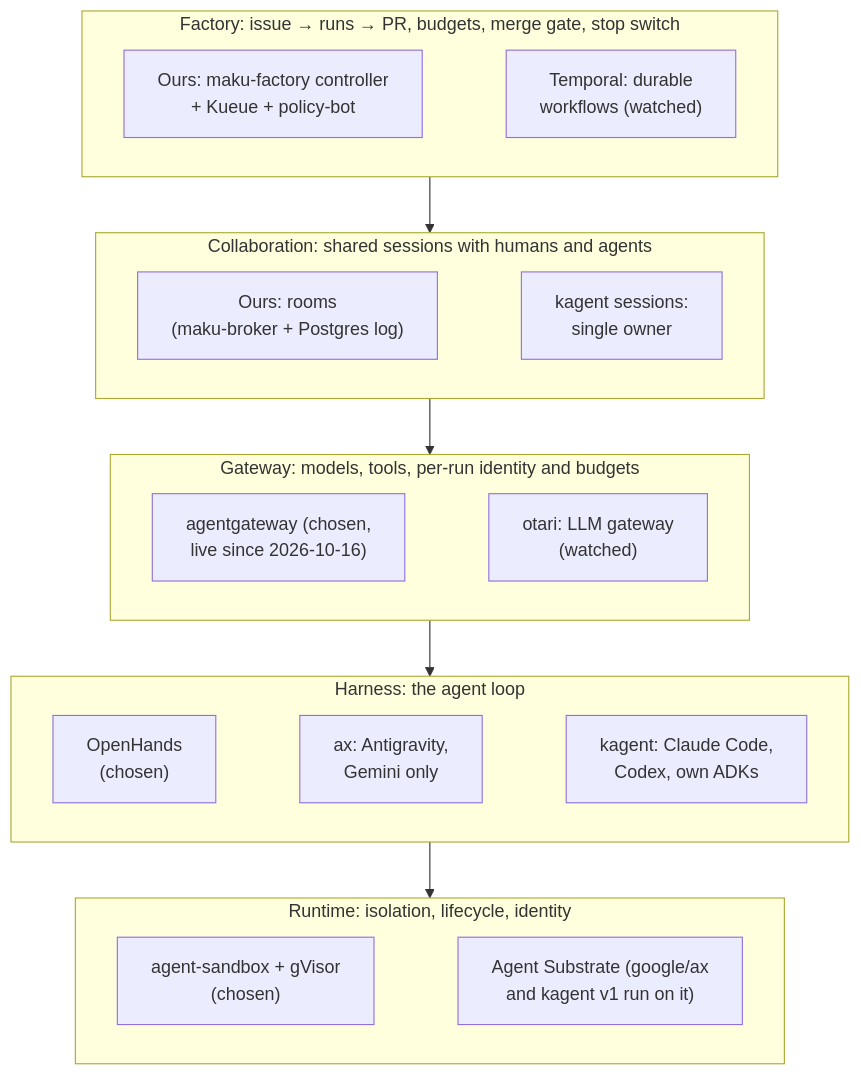
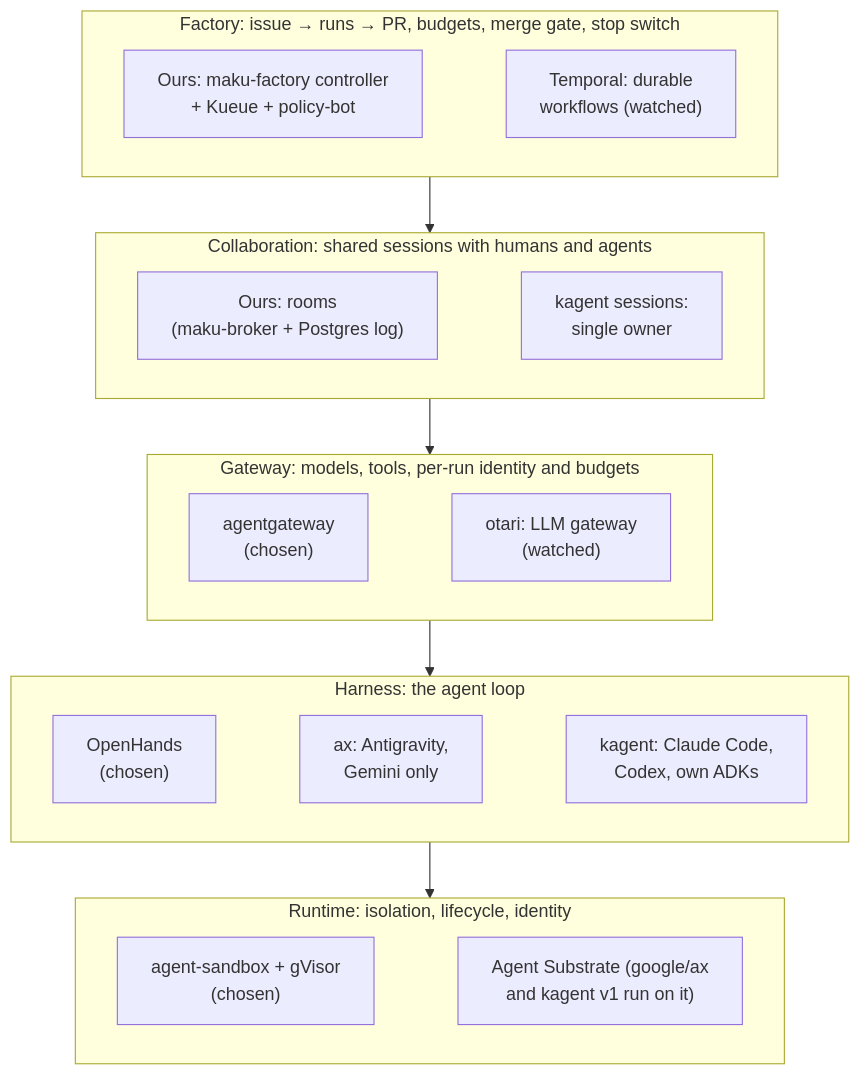
Before and after one commit to Smana/ai-native-ref: the diagram in website/content/docs/platform/ai-platform/agents/alternatives.md, drawn with Mermaid. The commit also changed other lines of this file and 20 other files, not shown here.

````diff
--- a/website/content/docs/platform/ai-platform/agents/alternatives.md
+++ b/website/content/docs/platform/ai-platform/agents/alternatives.md
@@ -40,25 +40,25 @@
 ```mermaid
 %%{init: {"flowchart": {"wrappingWidth": 400}}}%%
 flowchart TB
   subgraph L5["Factory: issue → runs → PR, budgets, merge gate, stop switch"]
     direction LR
     F5["Ours: maku-factory controller<br/>+ Kueue + policy-bot"] ~~~ T5["Temporal: durable<br/>workflows (watched)"]
   end
   subgraph L4["Collaboration: shared sessions with humans and agents"]
     direction LR
     F4["Ours: rooms<br/>(maku-broker + Postgres log)"] ~~~ K4["kagent sessions:<br/>single owner"]
   end
   subgraph L3["Gateway: models, tools, per-run identity and budgets"]
     direction LR
-    F3["agentgateway (chosen,<br/>live since 2026-10-16)"] ~~~ O3["otari: LLM gateway<br/>(watched)"]
+    F3["agentgateway<br/>(chosen)"] ~~~ O3["otari: LLM gateway<br/>(watched)"]
   end
   subgraph L2["Harness: the agent loop"]
     direction LR
     F2["OpenHands<br/>(chosen)"] ~~~ A2["ax: Antigravity,<br/>Gemini only"] ~~~ K2["kagent: Claude Code,<br/>Codex, own ADKs"]
   end
   subgraph L1["Runtime: isolation, lifecycle, identity"]
     direction LR
     F1["agent-sandbox + gVisor<br/>(chosen)"] ~~~ S1["Agent Substrate (google/ax<br/>and kagent v1 run on it)"]
   end
   L5 --> L4 --> L3 --> L2 --> L1
 ```
````
